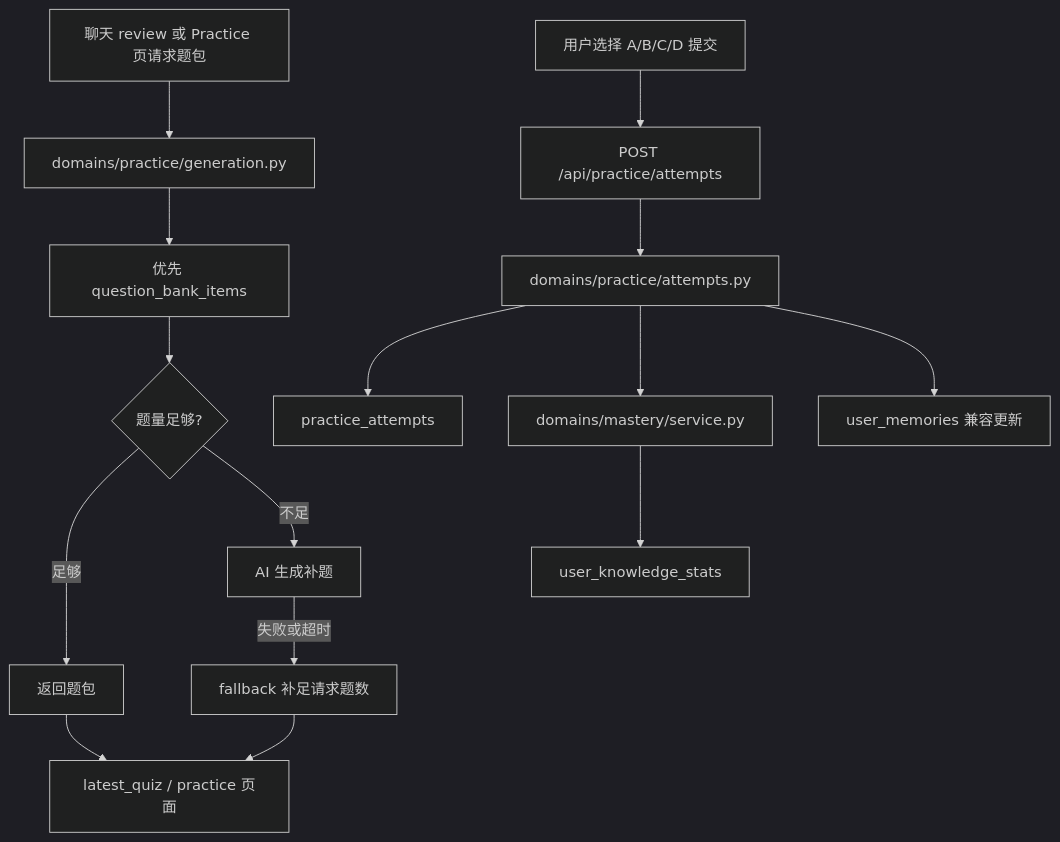
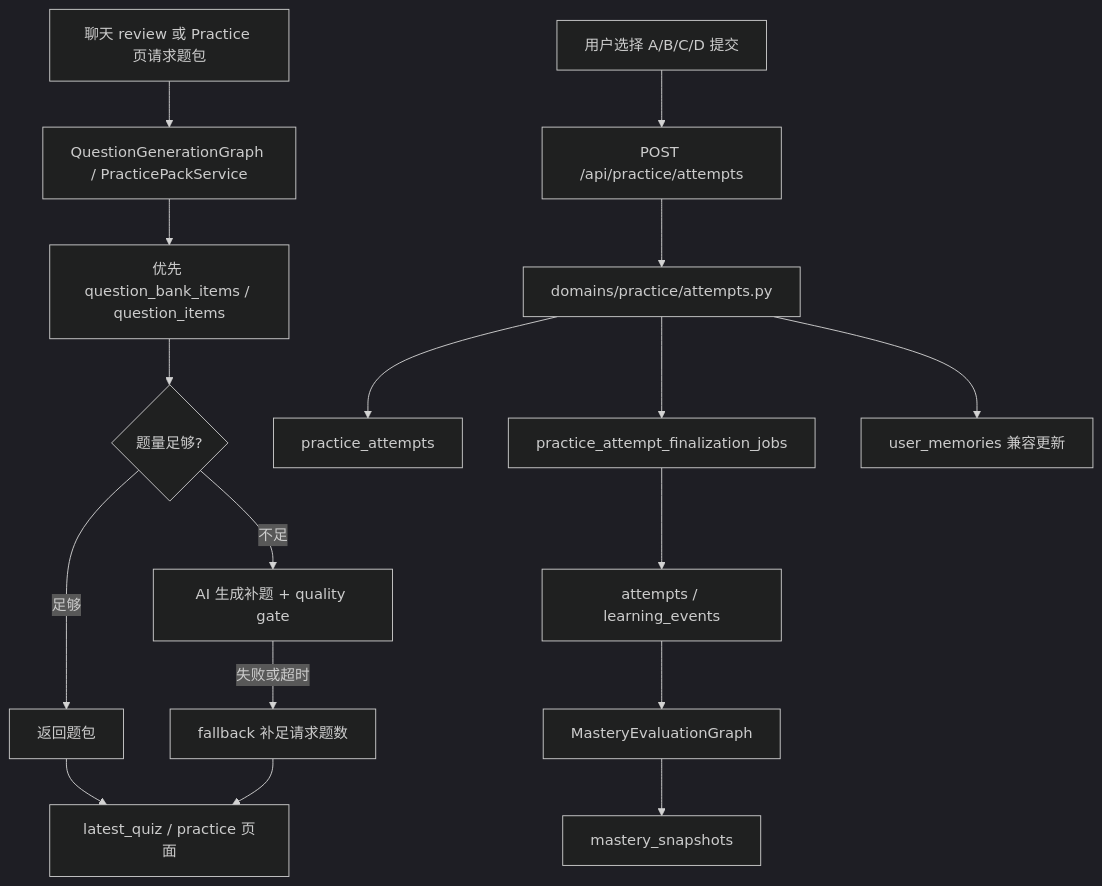
One commit to Xiaomuw/Learning-assistant changed the fourth of 7 diagrams in docs/feature-flows.md. Above: the diagram before and after it, drawn with Mermaid (dark theme). The commit also changed other lines of this file and 94 other files, not shown here.

Commit message:
feat: sync graph practice auth and weapp updates

````diff
--- a/docs/feature-flows.md
+++ b/docs/feature-flows.md
@@ -83,17 +83,19 @@
 ```mermaid
 flowchart TD
-    A["聊天 review 或 Practice 页请求题包"] --> B["domains/practice/generation.py"]
-    B --> C["优先 question_bank_items"]
+    A["聊天 review 或 Practice 页请求题包"] --> B["QuestionGenerationGraph / PracticePackService"]
+    B --> C["优先 question_bank_items / question_items"]
     C --> D{"题量足够?"}
     D -->|足够| E["返回题包"]
-    D -->|不足| F["AI 生成补题"]
+    D -->|不足| F["AI 生成补题 + quality gate"]
     F -->|失败或超时| G["fallback 补足请求题数"]
     E --> H["latest_quiz / practice 页面"]
     G --> H
     I["用户选择 A/B/C/D 提交"] --> J["POST /api/practice/attempts"]
     J --> K["domains/practice/attempts.py"]
     K --> L["practice_attempts"]
-    K --> M["domains/mastery/service.py"]
-    M --> N["user_knowledge_stats"]
+    K --> M["practice_attempt_finalization_jobs"]
+    M --> N["attempts / learning_events"]
+    N --> P["MasteryEvaluationGraph"]
+    P --> Q["mastery_snapshots"]
     K --> O["user_memories 兼容更新"]
 ```
````
